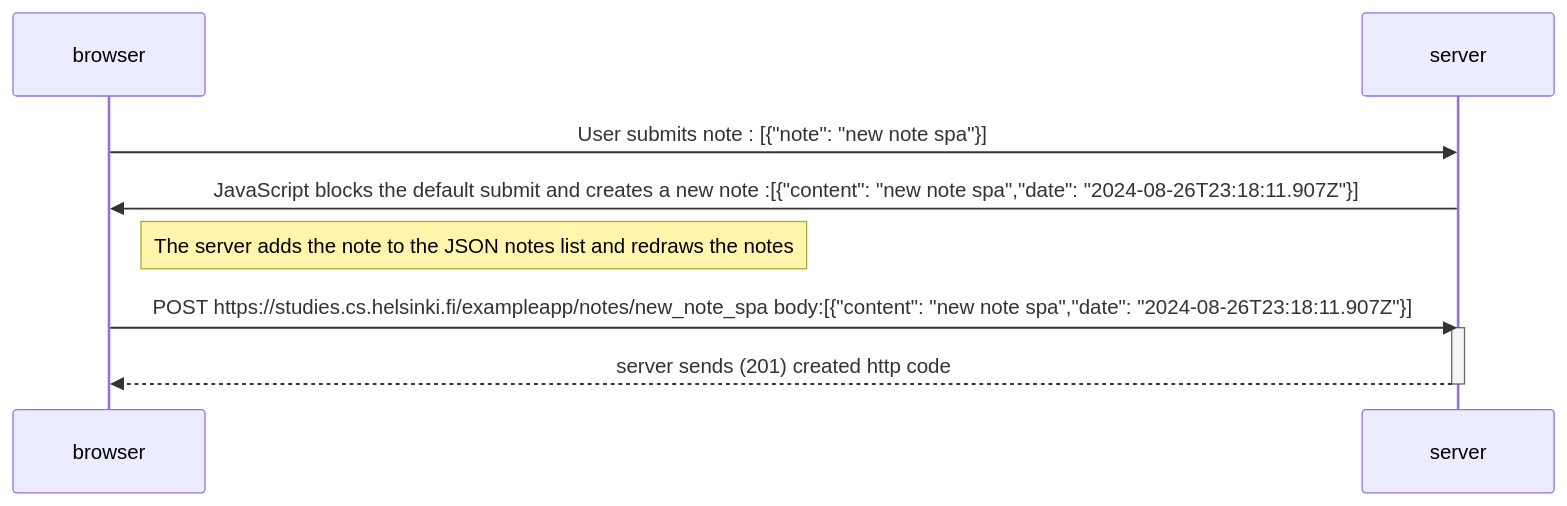
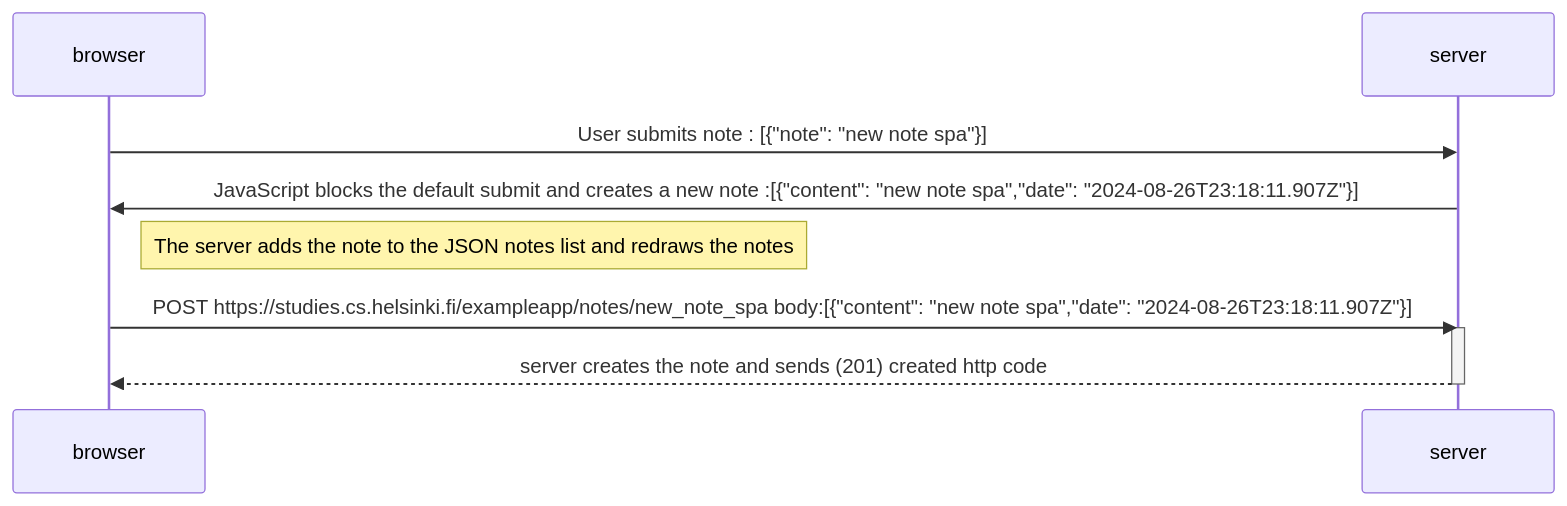
The diagram in part0/exercise_0_6.md (boularakSaraManel/FullStackOpen), drawn with Mermaid before and after one commit.

Commit message:
final retouches

````diff
--- a/part0/exercise_0_6.md
+++ b/part0/exercise_0_6.md
@@ -1,16 +1,16 @@
 ```mermaid
 sequenceDiagram
     participant browser
     participant server
 
     browser->>server: User submits note : [{"note": "new note spa"}] 
     server->>browser: JavaScript blocks the default submit and creates a new note :[{"content": "new note spa","date": "2024-08-26T23:18:11.907Z"}]
 
     Note right of browser: The server adds the note to the JSON notes list and redraws the notes
 
     browser->>server: POST https://studies.cs.helsinki.fi/exampleapp/notes/new_note_spa body:[{"content": "new note spa","date": "2024-08-26T23:18:11.907Z"}] 
     activate server
-    server-->>browser: server sends (201) created http code 
+    server-->>browser: server creates the note and sends (201) created http code 
     deactivate server
 
 ```
````
